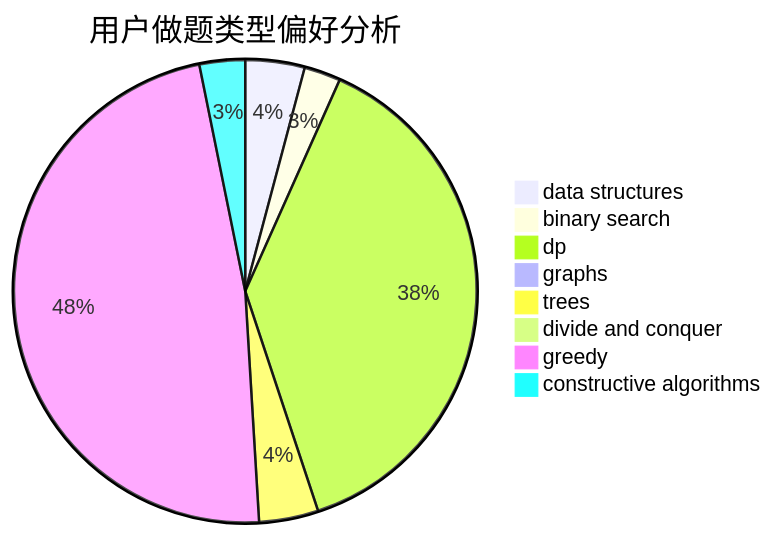
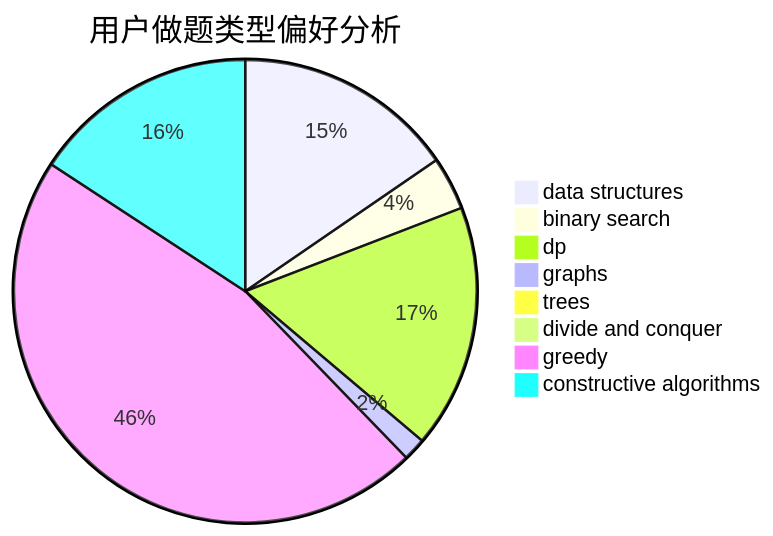
Before and after one commit to sherpahu/cfrs.github.io: the second of 3 diagrams in docs/user/u1065.md, drawn with Mermaid. The commit also changed other lines of this file and 2770 other files, not shown here.

````diff
--- a/docs/user/u1065.md
+++ b/docs/user/u1065.md
@@ -23,11 +23,11 @@
 ```mermaid
 pie title 用户做题类型偏好分析
-    "data structures" :  13
-    "binary search" :  8
-    "dp" :  120
-    "graphs" :  0
-    "trees" :  13
+    "data structures" :  87
+    "binary search" :  21
+    "dp" :  96
+    "graphs" :  9
+    "trees" :  0
     "divide and conquer" :  0
-    "greedy" :  150
-    "constructive algorithms" :  10
+    "greedy" :  262
+    "constructive algorithms" :  89
 ```
````
